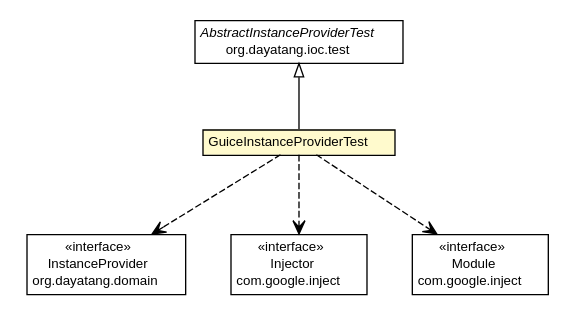
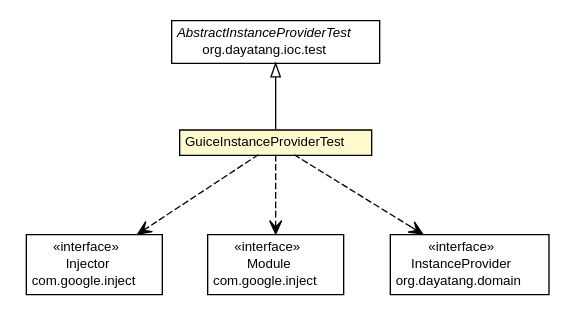
One commit to dayatang/dddlib changed the diagram in testapidocs/org/dayatang/ioc/guice/GuiceInstanceProviderTest.dot. Above: the diagram before and after it, drawn with Graphviz. The commit also changed 1516 other files, not shown here.

```diff
--- a/testapidocs/org/dayatang/ioc/guice/GuiceInstanceProviderTest.dot
+++ b/testapidocs/org/dayatang/ioc/guice/GuiceInstanceProviderTest.dot
@@ -1,57 +1,57 @@
 #!/usr/local/bin/dot
 #
 # Class diagram 
 # Generated by UMLGraph version R5_6_6-8-g8d7759 (http://www.umlgraph.org/)
 #
 
 digraph G {
 	edge [fontname="Helvetica",fontsize=10,labelfontname="Helvetica",labelfontsize=10];
 	node [fontname="Helvetica",fontsize=10,shape=plaintext];
 	nodesep=0.25;
 	ranksep=0.5;
 	// org.dayatang.ioc.guice.GuiceInstanceProviderTest
 	c27023 [label=<<table title="org.dayatang.ioc.guice.GuiceInstanceProviderTest" border="0" cellborder="1" cellspacing="0" cellpadding="2" port="p" bgcolor="lemonChiffon" href="./GuiceInstanceProviderTest.html">
 		<tr><td><table border="0" cellspacing="0" cellpadding="1">
 <tr><td align="center" balign="center"> GuiceInstanceProviderTest </td></tr>
 		</table></td></tr>
 		</table>>, URL="./GuiceInstanceProviderTest.html", fontname="Helvetica", fontcolor="black", fontsize=10.0];
 	//org.dayatang.ioc.guice.GuiceInstanceProviderTest extends org.dayatang.ioc.test.AbstractInstanceProviderTest
 	c27125:p -> c27023:p [dir=back,arrowtail=empty];
+	// org.dayatang.ioc.guice.GuiceInstanceProviderTest DEPEND com.google.inject.Injector
+	c27023:p -> c27127:p [taillabel="", label=" "headlabel="", fontname="Helvetica", fontcolor="black", fontsize=10.0, color="black", arrowhead=open, style=dashed];
+	// org.dayatang.ioc.guice.GuiceInstanceProviderTest DEPEND com.google.inject.Module
+	c27023:p -> c27128:p [taillabel="", label=" "headlabel="", fontname="Helvetica", fontcolor="black", fontsize=10.0, color="black", arrowhead=open, style=dashed];
 	// org.dayatang.ioc.guice.GuiceInstanceProviderTest DEPEND org.dayatang.domain.InstanceProvider
-	c27023:p -> c27126:p [taillabel="", label=" "headlabel="", fontname="Helvetica", fontcolor="black", fontsize=10.0, color="black", arrowhead=open, style=dashed];
-	// org.dayatang.ioc.guice.GuiceInstanceProviderTest DEPEND com.google.inject.Injector
-	c27023:p -> c27128:p [taillabel="", label=" "headlabel="", fontname="Helvetica", fontcolor="black", fontsize=10.0, color="black", arrowhead=open, style=dashed];
-	// org.dayatang.ioc.guice.GuiceInstanceProviderTest DEPEND com.google.inject.Module
 	c27023:p -> c27129:p [taillabel="", label=" "headlabel="", fontname="Helvetica", fontcolor="black", fontsize=10.0, color="black", arrowhead=open, style=dashed];
 	// org.dayatang.ioc.test.AbstractInstanceProviderTest
 	c27125 [label=<<table title="org.dayatang.ioc.test.AbstractInstanceProviderTest" border="0" cellborder="1" cellspacing="0" cellpadding="2" port="p" href="http://java.sun.com/j2se/1.4.2/docs/api/org/dayatang/ioc/test/AbstractInstanceProviderTest.html">
 		<tr><td><table border="0" cellspacing="0" cellpadding="1">
 <tr><td align="center" balign="center"><font face="Helvetica-Oblique"> AbstractInstanceProviderTest </font></td></tr>
 <tr><td align="center" balign="center"> org.dayatang.ioc.test </td></tr>
 		</table></td></tr>
 		</table>>, URL="http://java.sun.com/j2se/1.4.2/docs/api/org/dayatang/ioc/test/AbstractInstanceProviderTest.html", fontname="Helvetica", fontcolor="black", fontsize=10.0];
 	// com.google.inject.Injector
-	c27128 [label=<<table title="com.google.inject.Injector" border="0" cellborder="1" cellspacing="0" cellpadding="2" port="p" href="http://java.sun.com/j2se/1.4.2/docs/api/com/google/inject/Injector.html">
+	c27127 [label=<<table title="com.google.inject.Injector" border="0" cellborder="1" cellspacing="0" cellpadding="2" port="p" href="http://java.sun.com/j2se/1.4.2/docs/api/com/google/inject/Injector.html">
 		<tr><td><table border="0" cellspacing="0" cellpadding="1">
 <tr><td align="center" balign="center"> &#171;interface&#187; </td></tr>
 <tr><td align="center" balign="center"> Injector </td></tr>
 <tr><td align="center" balign="center"> com.google.inject </td></tr>
 		</table></td></tr>
 		</table>>, URL="http://java.sun.com/j2se/1.4.2/docs/api/com/google/inject/Injector.html", fontname="Helvetica", fontcolor="black", fontsize=10.0];
 	// org.dayatang.domain.InstanceProvider
-	c27126 [label=<<table title="org.dayatang.domain.InstanceProvider" border="0" cellborder="1" cellspacing="0" cellpadding="2" port="p" href="http://java.sun.com/j2se/1.4.2/docs/api/org/dayatang/domain/InstanceProvider.html">
+	c27129 [label=<<table title="org.dayatang.domain.InstanceProvider" border="0" cellborder="1" cellspacing="0" cellpadding="2" port="p" href="http://java.sun.com/j2se/1.4.2/docs/api/org/dayatang/domain/InstanceProvider.html">
 		<tr><td><table border="0" cellspacing="0" cellpadding="1">
 <tr><td align="center" balign="center"> &#171;interface&#187; </td></tr>
 <tr><td align="center" balign="center"> InstanceProvider </td></tr>
 <tr><td align="center" balign="center"> org.dayatang.domain </td></tr>
 		</table></td></tr>
 		</table>>, URL="http://java.sun.com/j2se/1.4.2/docs/api/org/dayatang/domain/InstanceProvider.html", fontname="Helvetica", fontcolor="black", fontsize=10.0];
 	// com.google.inject.Module
-	c27129 [label=<<table title="com.google.inject.Module" border="0" cellborder="1" cellspacing="0" cellpadding="2" port="p" href="http://java.sun.com/j2se/1.4.2/docs/api/com/google/inject/Module.html">
+	c27128 [label=<<table title="com.google.inject.Module" border="0" cellborder="1" cellspacing="0" cellpadding="2" port="p" href="http://java.sun.com/j2se/1.4.2/docs/api/com/google/inject/Module.html">
 		<tr><td><table border="0" cellspacing="0" cellpadding="1">
 <tr><td align="center" balign="center"> &#171;interface&#187; </td></tr>
 <tr><td align="center" balign="center"> Module </td></tr>
 <tr><td align="center" balign="center"> com.google.inject </td></tr>
 		</table></td></tr>
 		</table>>, URL="http://java.sun.com/j2se/1.4.2/docs/api/com/google/inject/Module.html", fontname="Helvetica", fontcolor="black", fontsize=10.0];
 }
```
